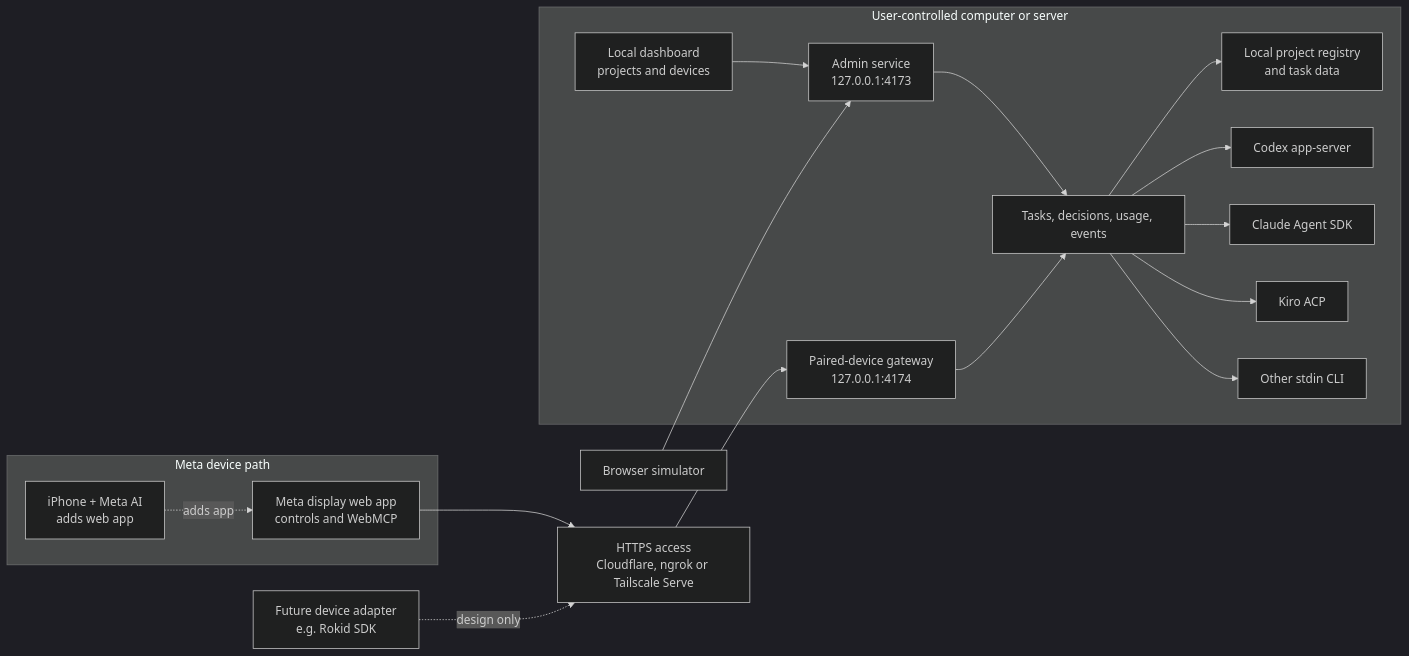
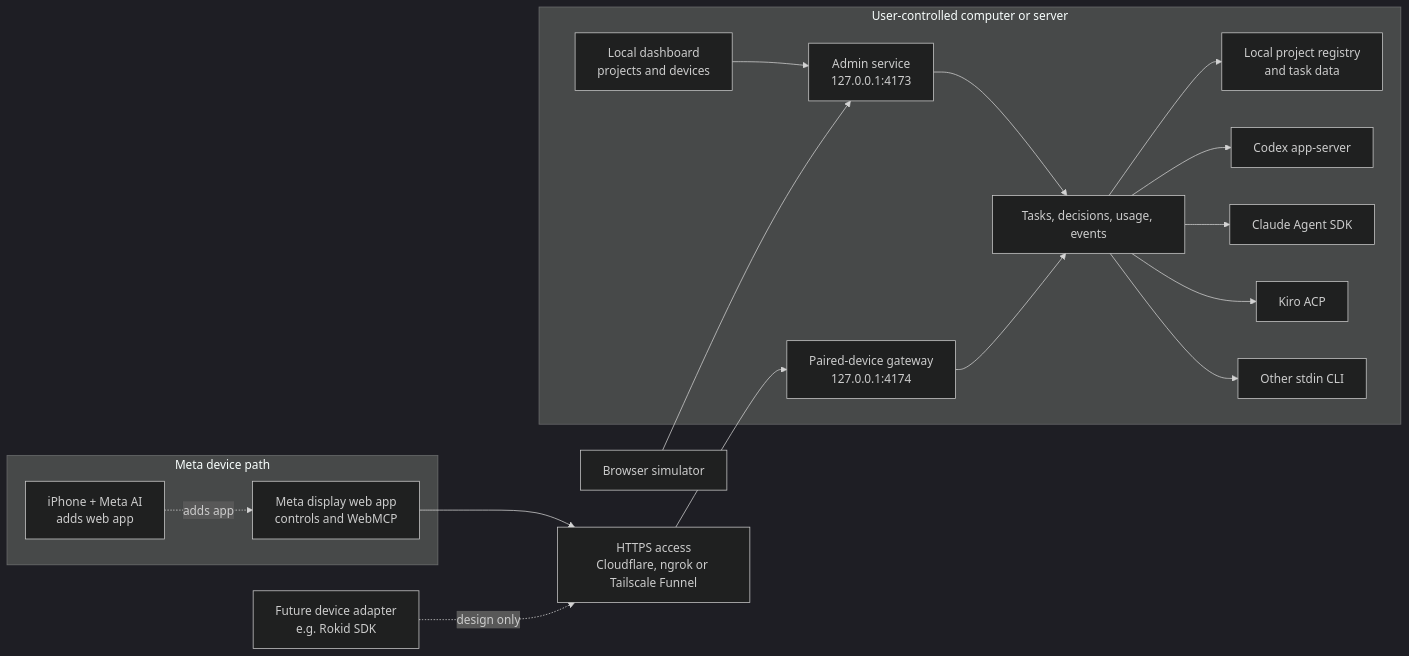
The diagram in docs/ARCHITECTURE.md (weisser-dev/openglassui), drawn with Mermaid (dark theme) before and after one commit. The commit also changed 16 other files, not shown here.

Commit message:
Remove Tailscale Serve and enable Quick Tunnel

````diff
--- a/docs/ARCHITECTURE.md
+++ b/docs/ARCHITECTURE.md
@@ -5,28 +5,28 @@
 ```mermaid
 flowchart LR
   subgraph Local[User-controlled computer or server]
     Dashboard["Local dashboard<br/>projects and devices"]
     Admin["Admin service<br/>127.0.0.1:4173"]
     Gateway["Paired-device gateway<br/>127.0.0.1:4174"]
     Core[Tasks, decisions, usage, events]
     Projects["Local project registry<br/>and task data"]
     Codex[Codex app-server]
     Claude[Claude Agent SDK]
     Kiro[Kiro ACP]
     Generic[Other stdin CLI]
     Dashboard --> Admin
     Admin --> Core
     Gateway --> Core
     Core --> Projects
     Core --> Codex & Claude & Kiro & Generic
   end
-  Tunnel["HTTPS access<br/>Cloudflare, ngrok or Tailscale Serve"] --> Gateway
+  Tunnel["HTTPS access<br/>Cloudflare, ngrok or Tailscale Funnel"] --> Gateway
   subgraph Meta[Meta device path]
     Phone["iPhone + Meta AI<br/>adds web app"]
     Glass["Meta display web app<br/>controls and WebMCP"]
     Phone -. adds app .-> Glass
   end
   Glass --> Tunnel
   Future["Future device adapter<br/>e.g. Rokid SDK"] -. design only .-> Tunnel
   Simulator[Browser simulator] --> Admin
 ```
````
